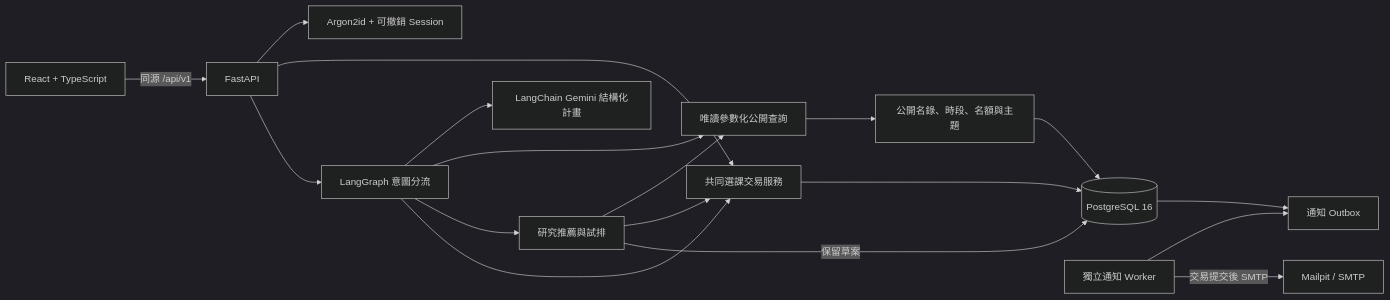
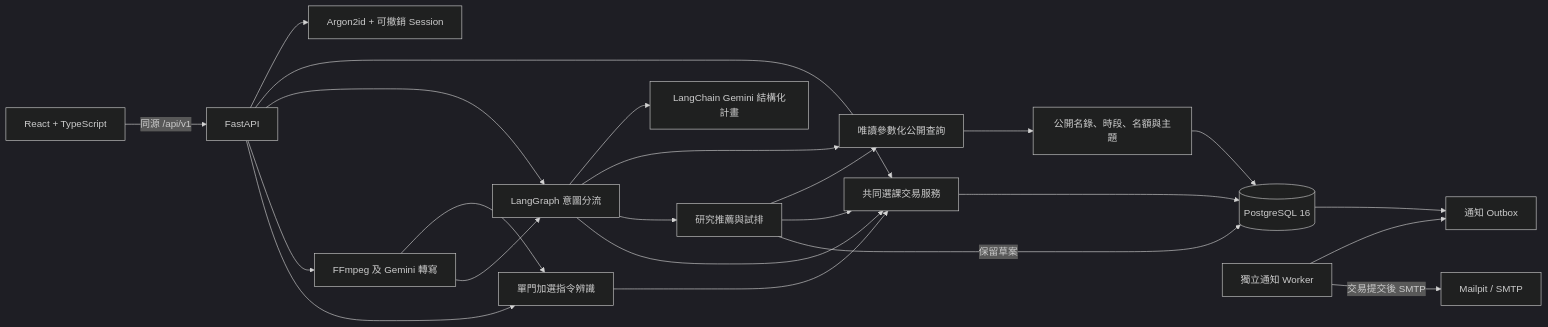
The first of 2 diagrams in docs/architecture.md (programmerKB/CourseFlow), drawn with Mermaid (dark theme) before and after one commit. The commit also changed other lines of this file and 40 other files, not shown here.

````diff
--- a/docs/architecture.md
+++ b/docs/architecture.md
@@ -3,20 +3,25 @@
 ```mermaid
 flowchart LR
     React[React + TypeScript] -->|同源 /api/v1| API[FastAPI]
     API --> Auth[Argon2id + 可撤銷 Session]
     API --> Rules[共同選課交易服務]
     API --> Graph[LangGraph 意圖分流]
+    API --> Voice[FFmpeg 及 Gemini 轉寫]
+    API --> Command[單門加選指令辨識]
+    Voice --> Command
+    Voice --> Graph
+    Command --> Rules
     Graph --> Gemini[LangChain Gemini 結構化計畫]
     Graph --> Public[唯讀參數化公開查詢]
     Graph --> Preview[研究推薦與試排]
     Graph --> Rules
     Preview --> Public
     Preview --> Rules
     Preview -->|保留草案| PG
     Rules --> PG[(PostgreSQL 16)]
     Public --> Views[公開名錄、時段、名額與主題]
     Views --> PG
     PG --> Outbox[通知 Outbox]
     Worker[獨立通知 Worker] --> Outbox
     Worker -->|交易提交後 SMTP| Mailpit[Mailpit / SMTP]
 ```
````
